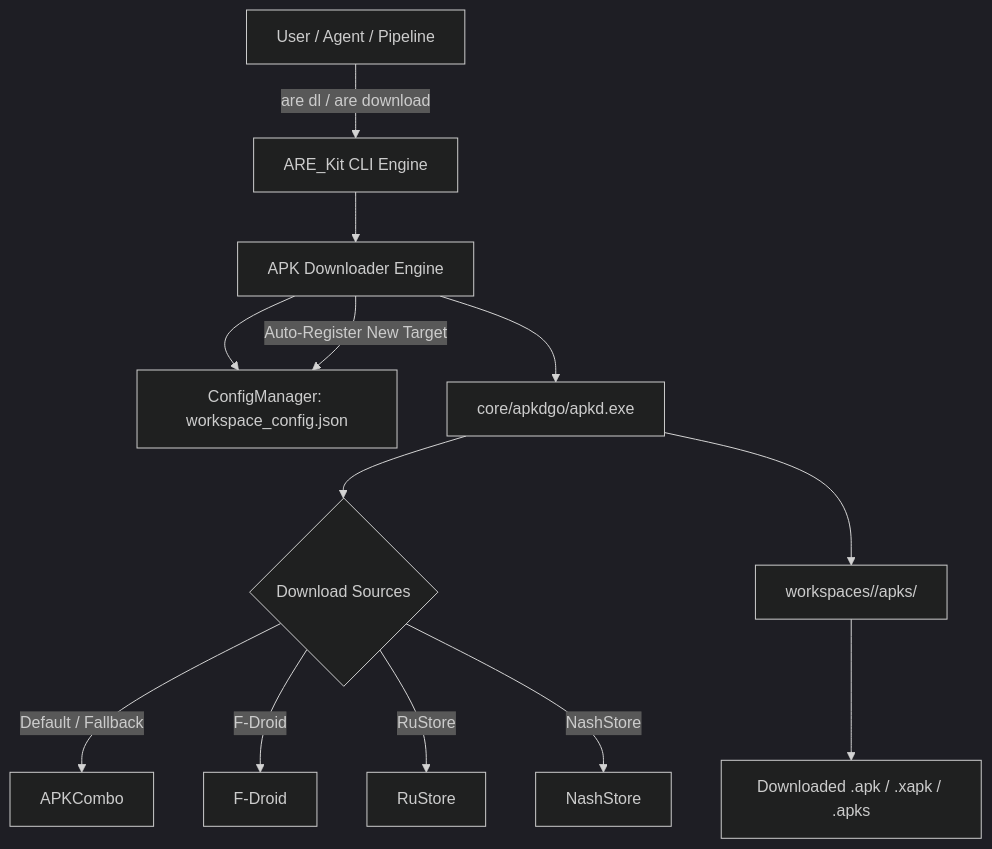
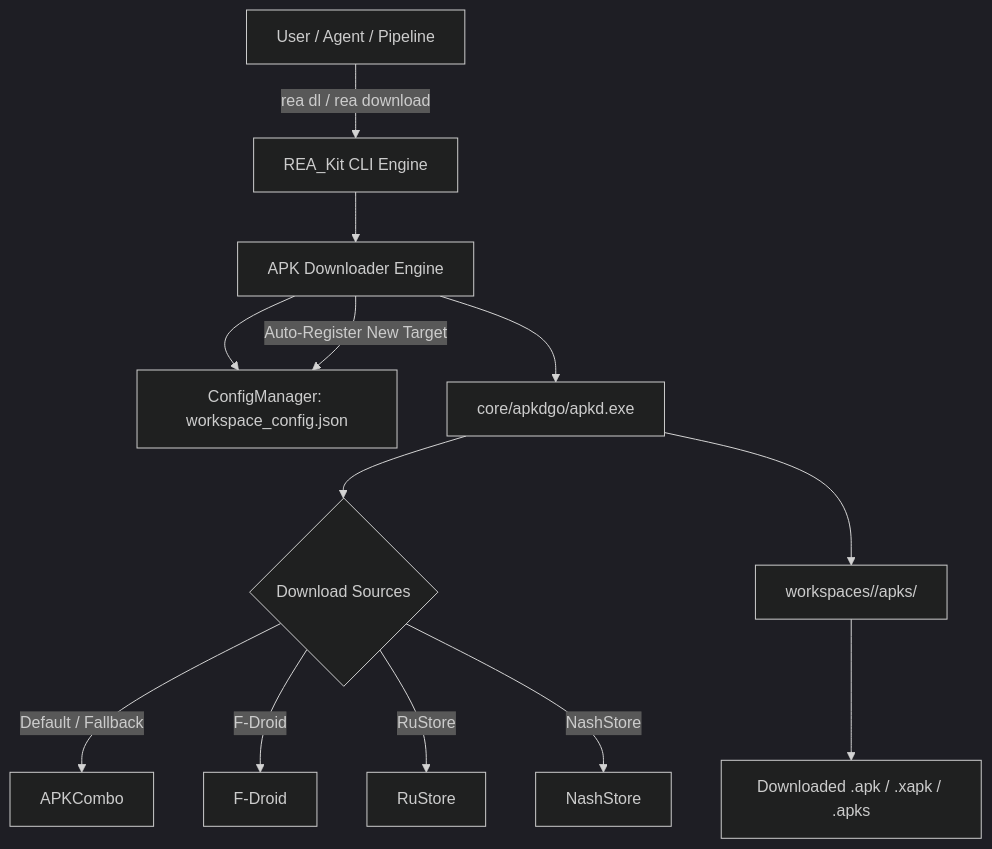
One commit to impeterwayne/REAKit changed the diagram in docs/downloading_targets.md. Above: the diagram before and after it, drawn with Mermaid (dark theme). The commit also changed other lines of this file and 73 other files, not shown here.

Commit message:
feat: rebrand to REA_Kit and add JADX documentation

````diff
--- a/docs/downloading_targets.md
+++ b/docs/downloading_targets.md
@@ -11,17 +11,17 @@
 ```mermaid
 graph TD
-    User[User / Agent / Pipeline] -->|are dl / are download| CLI[ARE_Kit CLI Engine]
+    User[User / Agent / Pipeline] -->|rea dl / rea download| CLI[REA_Kit CLI Engine]
     CLI --> Downloader[APK Downloader Engine]
     Downloader --> Config[ConfigManager: workspace_config.json]
     Downloader --> Engine[core/apkdgo/apkd.exe]
     
     Engine --> Sources{Download Sources}
     Sources -->|Default / Fallback| ApkCombo[APKCombo]
     Sources -->|F-Droid| FDroid[F-Droid]
     Sources -->|RuStore| RuStore[RuStore]
     Sources -->|NashStore| NashStore[NashStore]
     
     Engine --> Output["workspaces/<package_name>/apks/"]
     Output --> Archive[Downloaded .apk / .xapk / .apks]
     Downloader -->|Auto-Register New Target| Config
 ```
````
